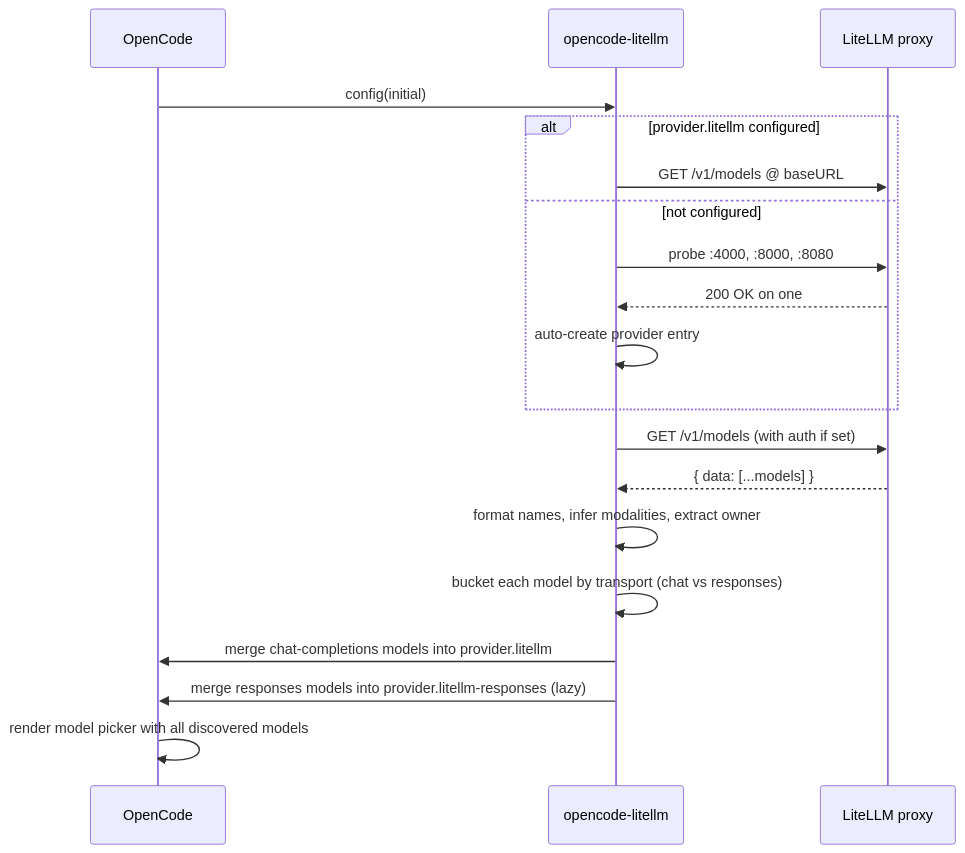
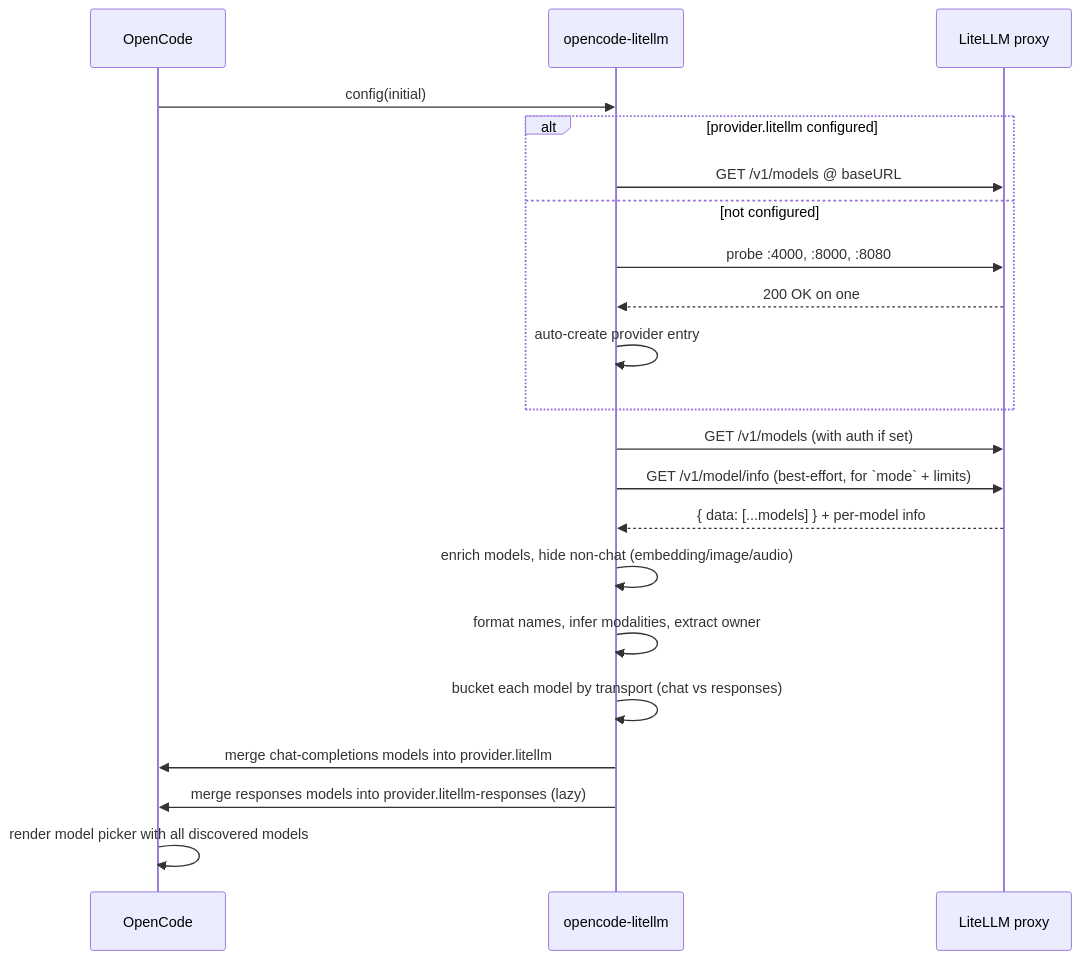
Before and after one commit to overbit/opencode-litellm: the diagram in README.md, drawn with Mermaid. The commit also changed other lines of this file and 1 other file, not shown here.

````diff
--- a/README.md
+++ b/README.md
@@ -239,22 +239,24 @@
 ```mermaid
 sequenceDiagram
     participant OC as OpenCode
     participant Plugin as opencode-litellm
     participant LL as LiteLLM proxy
 
     OC->>Plugin: config(initial)
     alt provider.litellm configured
         Plugin->>LL: GET /v1/models @ baseURL
     else not configured
         Plugin->>LL: probe :4000, :8000, :8080
         LL-->>Plugin: 200 OK on one
         Plugin->>Plugin: auto-create provider entry
     end
     Plugin->>LL: GET /v1/models (with auth if set)
-    LL-->>Plugin: { data: [...models] }
+    Plugin->>LL: GET /v1/model/info (best-effort, for `mode` + limits)
+    LL-->>Plugin: { data: [...models] } + per-model info
+    Plugin->>Plugin: enrich models, hide non-chat (embedding/image/audio)
     Plugin->>Plugin: format names, infer modalities, extract owner
     Plugin->>Plugin: bucket each model by transport (chat vs responses)
     Plugin->>OC: merge chat-completions models into provider.litellm
     Plugin->>OC: merge responses models into provider.litellm-responses (lazy)
     OC->>OC: render model picker with all discovered models
 ```
````
